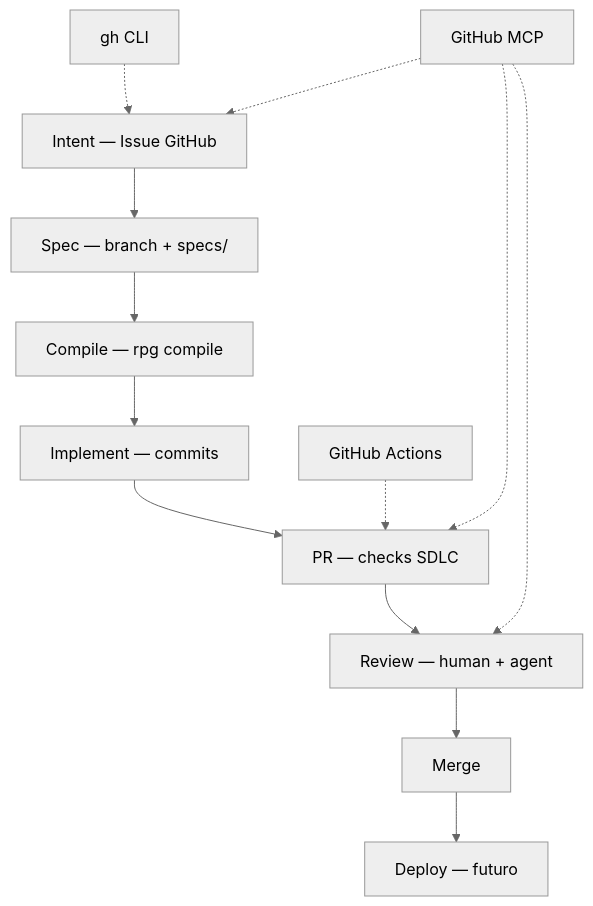
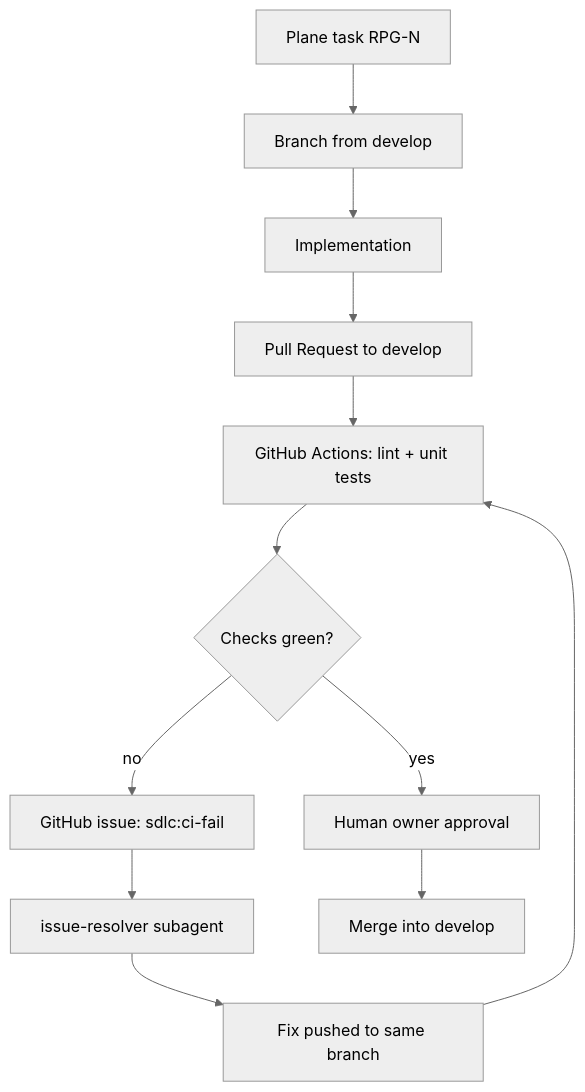
The diagram in .sdlc/workflows/github-lifecycle.md (DiegoCrassus/sdlc-ai), drawn with Mermaid (neutral theme) before and after one commit. The commit also changed other lines of this file and 52 other files, not shown here.

First line of the commit message:
refine: enforce strict GitFlow with Plane task prerequisite and CI gates

````diff
--- a/.sdlc/workflows/github-lifecycle.md
+++ b/.sdlc/workflows/github-lifecycle.md
@@ -5,16 +5,14 @@
 ```mermaid
 flowchart TB
-    I[Intent — Issue GitHub] --> S[Spec — branch + specs/]
-    S --> C[Compile — rpg compile]
-    C --> M[Implement — commits]
-    M --> P[PR — checks SDLC]
-    P --> R[Review — human + agent]
-    R --> MG[Merge]
-    MG --> D[Deploy — futuro]
-
-    MCP[GitHub MCP] -.-> I
-    MCP -.-> P
-    MCP -.-> R
-    GH[gh CLI] -.-> I
-    CI[GitHub Actions] -.-> P
+    Plane[Plane task RPG-N] --> Branch[Branch from develop]
+    Branch --> Work[Implementation]
+    Work --> PR[Pull Request to develop]
+    PR --> Actions[GitHub Actions: lint + unit tests]
+    Actions --> Gate{Checks green?}
+    Gate -->|no| Issue[GitHub issue: sdlc:ci-fail]
+    Issue --> Resolver[issue-resolver subagent]
+    Resolver --> Fix[Fix pushed to same branch]
+    Fix --> Actions
+    Gate -->|yes| Review[Human owner approval]
+    Review --> Merge[Merge into develop]
 ```
````
